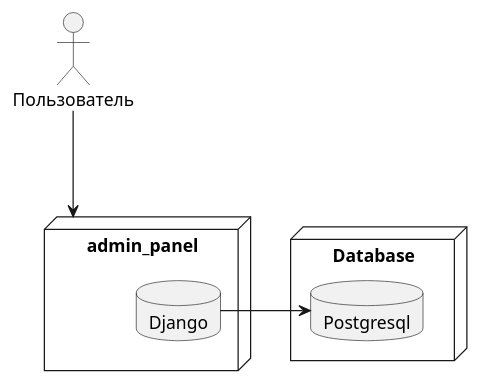
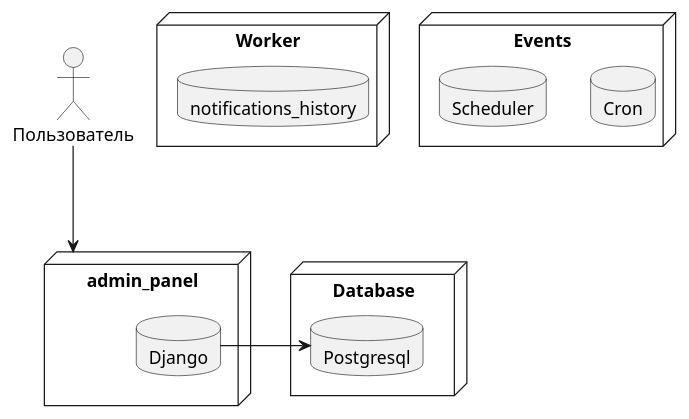
Before and after one commit to iliazaraysky/notifications_sprint_1: the diagram in notification_schema.puml, drawn with PlantUML. The commit also changed 3 other files, not shown here.

```diff
--- a/notification_schema.puml
+++ b/notification_schema.puml
@@ -1,16 +1,26 @@
 @startuml
 skinparam componentStyle uml2
 actor Пользователь
 
 node admin_panel{
     database Django
 }
 
 node Database{
     database Postgresql
 }
 
+node Worker{
+    database notifications_history
+}
+
+node Events {
+    database Cron
+    database Scheduler
+
+}
+
 Пользователь -down--> admin_panel
 Django -right-> Postgresql
 
 @enduml
```
